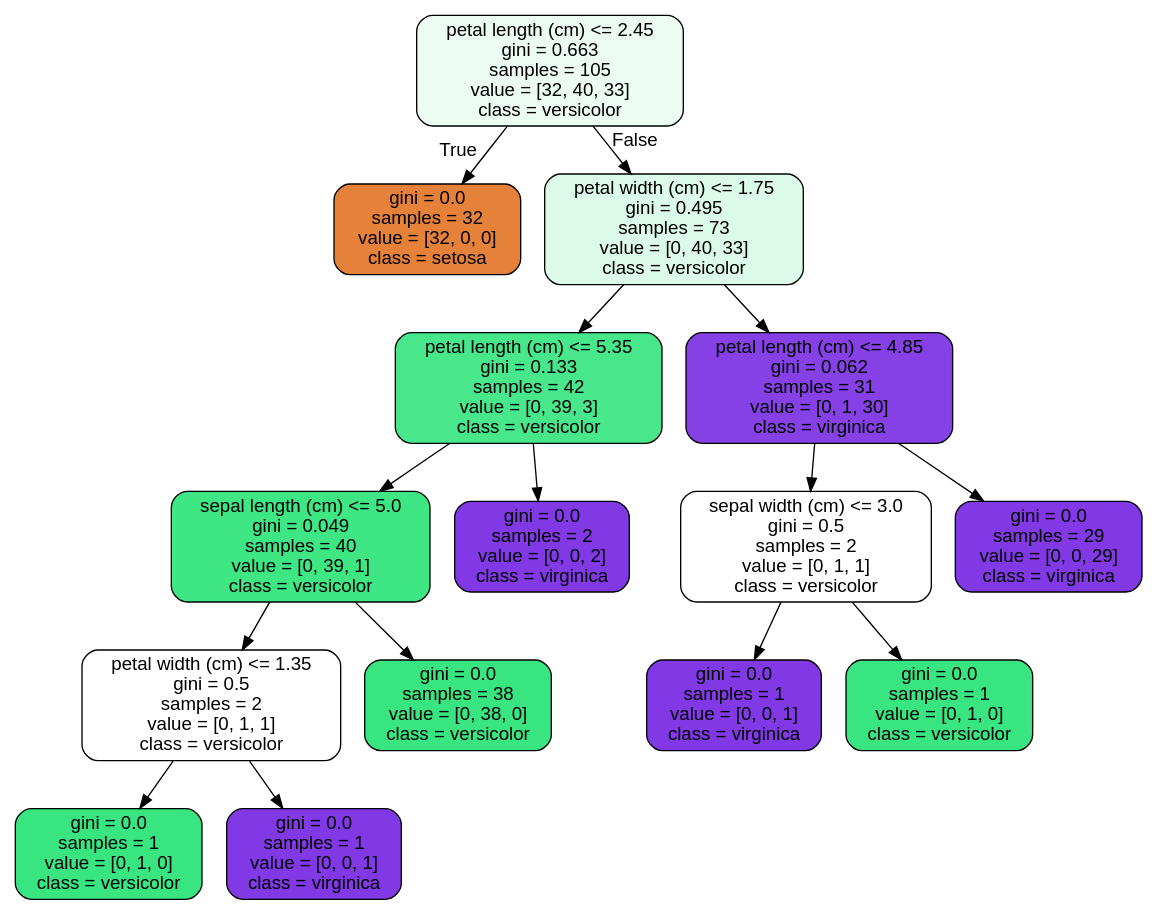
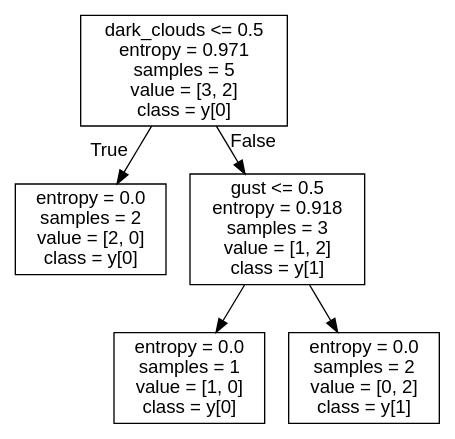
Before and after one commit to junehh98/Machine_Learing: the diagram in chapter08_Tree_Ensemble/lecture01_DecisionTree/tree_graph.dot, drawn with Graphviz. The commit also changed 4 other files, not shown here.

```diff
--- a/chapter08_Tree_Ensemble/lecture01_DecisionTree/tree_graph.dot
+++ b/chapter08_Tree_Ensemble/lecture01_DecisionTree/tree_graph.dot
@@ -1,33 +1,13 @@
 digraph Tree {
-node [shape=box, style="filled, rounded", color="black", fontname="helvetica"] ;
+node [shape=box, fontname="helvetica"] ;
 edge [fontname="helvetica"] ;
-0 [label="petal length (cm) <= 2.45\ngini = 0.663\nsamples = 105\nvalue = [32, 40, 33]\nclass = versicolor", fillcolor="#ecfcf3"] ;
-1 [label="gini = 0.0\nsamples = 32\nvalue = [32, 0, 0]\nclass = setosa", fillcolor="#e58139"] ;
+0 [label="dark_clouds <= 0.5\nentropy = 0.971\nsamples = 5\nvalue = [3, 2]\nclass = y[0]"] ;
+1 [label="entropy = 0.0\nsamples = 2\nvalue = [2, 0]\nclass = y[0]"] ;
 0 -> 1 [labeldistance=2.5, labelangle=45, headlabel="True"] ;
-2 [label="petal width (cm) <= 1.75\ngini = 0.495\nsamples = 73\nvalue = [0, 40, 33]\nclass = versicolor", fillcolor="#dcfae9"] ;
+2 [label="gust <= 0.5\nentropy = 0.918\nsamples = 3\nvalue = [1, 2]\nclass = y[1]"] ;
 0 -> 2 [labeldistance=2.5, labelangle=-45, headlabel="False"] ;
-3 [label="petal length (cm) <= 5.35\ngini = 0.133\nsamples = 42\nvalue = [0, 39, 3]\nclass = versicolor", fillcolor="#48e78b"] ;
+3 [label="entropy = 0.0\nsamples = 1\nvalue = [1, 0]\nclass = y[0]"] ;
 2 -> 3 ;
-4 [label="sepal length (cm) <= 5.0\ngini = 0.049\nsamples = 40\nvalue = [0, 39, 1]\nclass = versicolor", fillcolor="#3ee684"] ;
-3 -> 4 ;
-5 [label="petal width (cm) <= 1.35\ngini = 0.5\nsamples = 2\nvalue = [0, 1, 1]\nclass = versicolor", fillcolor="#ffffff"] ;
-4 -> 5 ;
-6 [label="gini = 0.0\nsamples = 1\nvalue = [0, 1, 0]\nclass = versicolor", fillcolor="#39e581"] ;
-5 -> 6 ;
-7 [label="gini = 0.0\nsamples = 1\nvalue = [0, 0, 1]\nclass = virginica", fillcolor="#8139e5"] ;
-5 -> 7 ;
-8 [label="gini = 0.0\nsamples = 38\nvalue = [0, 38, 0]\nclass = versicolor", fillcolor="#39e581"] ;
-4 -> 8 ;
-9 [label="gini = 0.0\nsamples = 2\nvalue = [0, 0, 2]\nclass = virginica", fillcolor="#8139e5"] ;
-3 -> 9 ;
-10 [label="petal length (cm) <= 4.85\ngini = 0.062\nsamples = 31\nvalue = [0, 1, 30]\nclass = virginica", fillcolor="#8540e6"] ;
-2 -> 10 ;
-11 [label="sepal width (cm) <= 3.0\ngini = 0.5\nsamples = 2\nvalue = [0, 1, 1]\nclass = versicolor", fillcolor="#ffffff"] ;
-10 -> 11 ;
-12 [label="gini = 0.0\nsamples = 1\nvalue = [0, 0, 1]\nclass = virginica", fillcolor="#8139e5"] ;
-11 -> 12 ;
-13 [label="gini = 0.0\nsamples = 1\nvalue = [0, 1, 0]\nclass = versicolor", fillcolor="#39e581"] ;
-11 -> 13 ;
-14 [label="gini = 0.0\nsamples = 29\nvalue = [0, 0, 29]\nclass = virginica", fillcolor="#8139e5"] ;
-10 -> 14 ;
+4 [label="entropy = 0.0\nsamples = 2\nvalue = [0, 2]\nclass = y[1]"] ;
+2 -> 4 ;
 }
```
